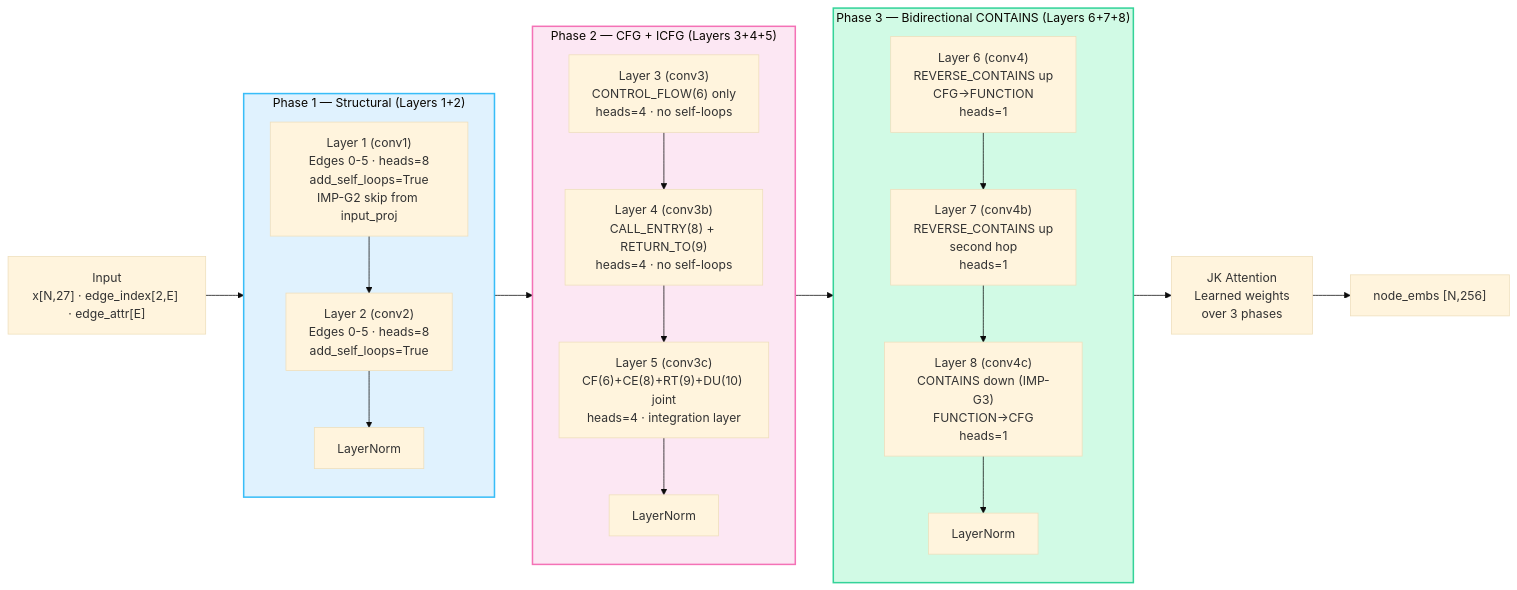
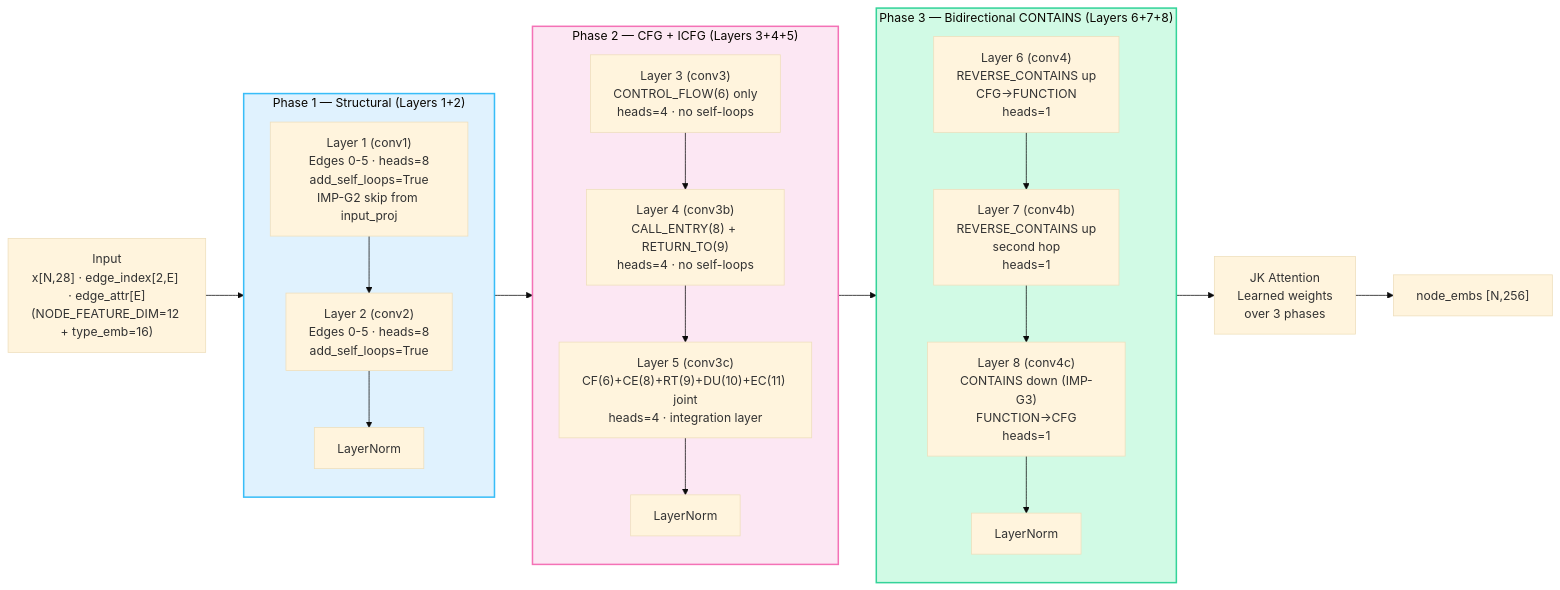
The sixth of 10 diagrams in ml/DIAGRAMS.md (motafegh/sentinel-), drawn with Mermaid (base theme) before and after one commit. The commit also changed other lines of this file and 5 other files, not shown here.

````diff
--- a/ml/DIAGRAMS.md
+++ b/ml/DIAGRAMS.md
@@ -199,39 +348,39 @@
 ```mermaid
 flowchart LR
-    IN["Input\nx[N,27] · edge_index[2,E] · edge_attr[E]"]
+    IN["Input\nx[N,28] · edge_index[2,E] · edge_attr[E]\n(NODE_FEATURE_DIM=12 + type_emb=16)"]
 
     subgraph P1["Phase 1 — Structural (Layers 1+2)"]
         direction TB
         L1["Layer 1 (conv1)\nEdges 0-5 · heads=8\nadd_self_loops=True\nIMP-G2 skip from input_proj"]
         L2["Layer 2 (conv2)\nEdges 0-5 · heads=8\nadd_self_loops=True"]
         LN1["LayerNorm"]
         L1 --> L2 --> LN1
     end
 
     subgraph P2["Phase 2 — CFG + ICFG (Layers 3+4+5)"]
         direction TB
         L3["Layer 3 (conv3)\nCONTROL_FLOW(6) only\nheads=4 · no self-loops"]
         L3B["Layer 4 (conv3b)\nCALL_ENTRY(8) + RETURN_TO(9)\nheads=4 · no self-loops"]
-        L3C["Layer 5 (conv3c)\nCF(6)+CE(8)+RT(9)+DU(10) joint\nheads=4 · integration layer"]
+        L3C["Layer 5 (conv3c)\nCF(6)+CE(8)+RT(9)+DU(10)+EC(11) joint\nheads=4 · integration layer"]
         LN2["LayerNorm"]
         L3 --> L3B --> L3C --> LN2
     end
 
     subgraph P3["Phase 3 — Bidirectional CONTAINS (Layers 6+7+8)"]
         direction TB
         L4["Layer 6 (conv4)\nREVERSE_CONTAINS up\nCFG→FUNCTION\nheads=1"]
         L4B["Layer 7 (conv4b)\nREVERSE_CONTAINS up\nsecond hop\nheads=1"]
         L4C["Layer 8 (conv4c)\nCONTAINS down (IMP-G3)\nFUNCTION→CFG\nheads=1"]
         LN3["LayerNorm"]
         L4 --> L4B --> L4C --> LN3
     end
 
     JK["JK Attention\n Learned weights\n over 3 phases"]
     OUT["node_embs [N,256]"]
 
     IN --> P1 --> P2 --> P3 --> JK --> OUT
 
     style P1 fill:#e0f2fe,stroke:#38bdf8,stroke-width:2px
     style P2 fill:#fce7f3,stroke:#f472b6,stroke-width:2px
     style P3 fill:#d1fae5,stroke:#34d399,stroke-width:2px
 ```
````
